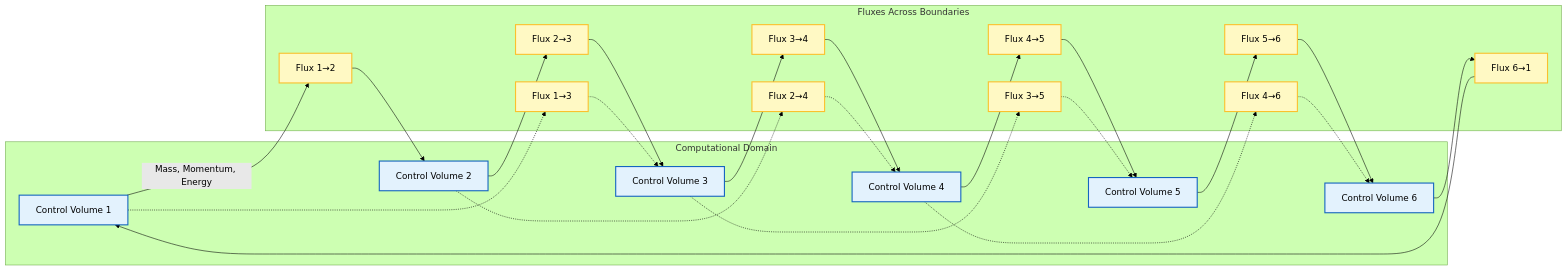
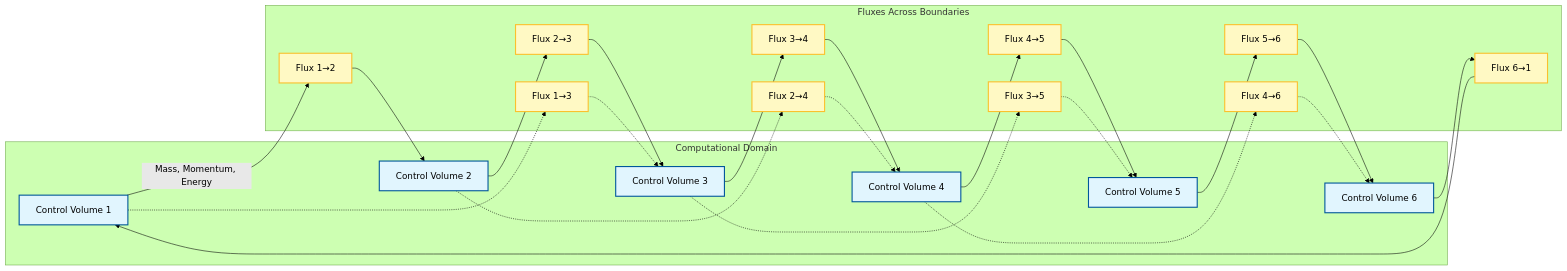
Before and after one commit to wramet/build-my-cfd: the first of 8 diagrams in MODULE_01_CFD_FUNDAMENTALS/CONTENT/02_FINITE_VOLUME_METHOD/02_Fundamental_Concepts.md, drawn with Mermaid (forest theme). The commit also changed other lines of this file and 313 other files, not shown here.

Commit message:
Revise all diagram

````diff
--- a/MODULE_01_CFD_FUNDAMENTALS/CONTENT/02_FINITE_VOLUME_METHOD/02_Fundamental_Concepts.md
+++ b/MODULE_01_CFD_FUNDAMENTALS/CONTENT/02_FINITE_VOLUME_METHOD/02_Fundamental_Concepts.md
@@ -12,51 +12,49 @@
 ```mermaid
 graph LR
-    subgraph "Computational Domain"
-        CV1["Control Volume 1"]
-        CV2["Control Volume 2"]
-        CV3["Control Volume 3"]
-        CV4["Control Volume 4"]
-        CV5["Control Volume 5"]
-        CV6["Control Volume 6"]
+    classDef cv fill:#e1f5fe,stroke:#01579b,stroke-width:2px,color:#000
+    classDef flux fill:#fff9c4,stroke:#fbc02d,stroke-width:2px,color:#000
+    
+    subgraph Domain["Computational Domain"]
+        CV1["Control Volume 1"]:::cv
+        CV2["Control Volume 2"]:::cv
+        CV3["Control Volume 3"]:::cv
+        CV4["Control Volume 4"]:::cv
+        CV5["Control Volume 5"]:::cv
+        CV6["Control Volume 6"]:::cv
     end
-
-    subgraph "Fluxes Across Boundaries"
-        F12["Flux 1→2"]
-        F23["Flux 2→3"]
-        F34["Flux 3→4"]
-        F45["Flux 4→5"]
-        F56["Flux 5→6"]
-        F61["Flux 6→1"]
-        F13["Flux 1→3"]
-        F24["Flux 2→4"]
-        F35["Flux 3→5"]
-        F46["Flux 4→6"]
+    
+    subgraph Fluxes["Fluxes Across Boundaries"]
+        F12["Flux 1→2"]:::flux
+        F23["Flux 2→3"]:::flux
+        F34["Flux 3→4"]:::flux
+        F45["Flux 4→5"]:::flux
+        F56["Flux 5→6"]:::flux
+        F61["Flux 6→1"]:::flux
+        F13["Flux 1→3"]:::flux
+        F24["Flux 2→4"]:::flux
+        F35["Flux 3→5"]:::flux
+        F46["Flux 4→6"]:::flux
     end
-
+    
     CV1 -- "Mass, Momentum, Energy" --> F12
     F12 --> CV2
     CV2 --> F23
     F23 --> CV3
     CV3 --> F34
     F34 --> CV4
     CV4 --> F45
     F45 --> CV5
     CV5 --> F56
     F56 --> CV6
     CV6 --> F61
     F61 --> CV1
-
+    
     CV1 -.-> F13
     F13 -.-> CV3
     CV2 -.-> F24
     F24 -.-> CV4
     CV3 -.-> F35
     F35 -.-> CV5
     CV4 -.-> F46
     F46 -.-> CV6
-
-    classDef cv fill:#e3f2fd,stroke:#1565c0,stroke-width:2px,color:#000;
-    classDef flux fill:#fff9c4,stroke:#fbc02d,stroke-width:2px,color:#000;
-    class CV1,CV2,CV3,CV4,CV5,CV6 cv;
-    class F12,F23,F34,F45,F56,F61,F13,F24,F35,F46 flux;
 ```
````
